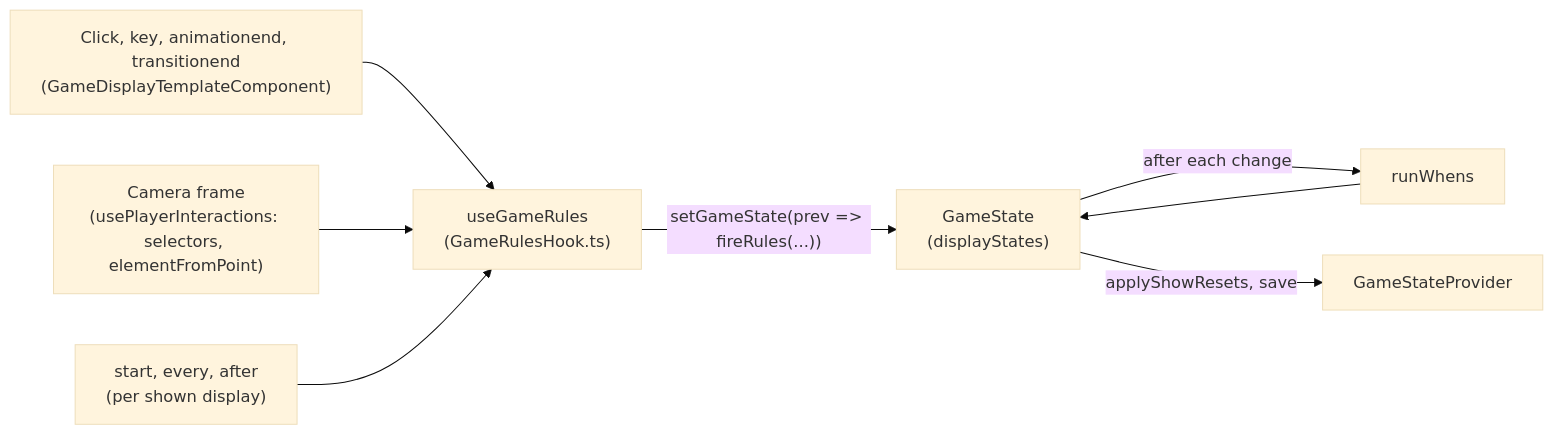
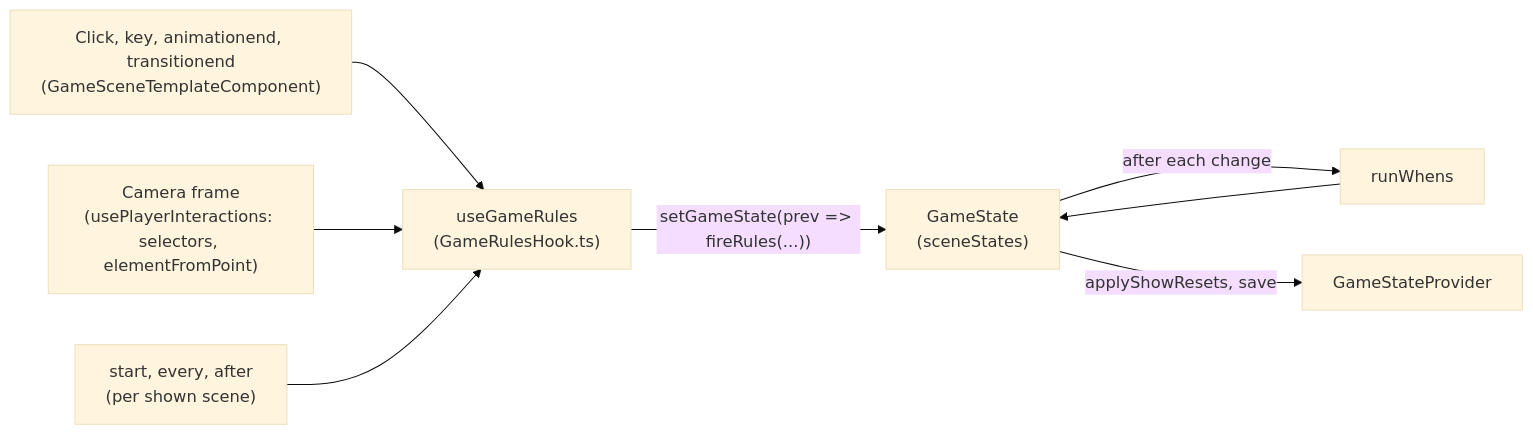
Before and after one commit to instantiator/footsteps: the diagram in docs/dev-overview.md, drawn with Mermaid (base theme). The commit also changed other lines of this file and 11 other files, not shown here.

Commit message:
Rename display to scene in the documentation

````diff
--- a/docs/dev-overview.md
+++ b/docs/dev-overview.md
@@ -112,10 +112,10 @@
 ```mermaid
 flowchart LR
-  click["Click, key, animationend, transitionend<br/>(GameDisplayTemplateComponent)"] --> hook
+  click["Click, key, animationend, transitionend<br/>(GameSceneTemplateComponent)"] --> hook
   camera["Camera frame<br/>(usePlayerInteractions: selectors, elementFromPoint)"] --> hook
-  timers["start, every, after<br/>(per shown display)"] --> hook
-  hook["useGameRules<br/>(GameRulesHook.ts)"] -->|"setGameState(prev => fireRules(...))"| state["GameState<br/>(displayStates)"]
+  timers["start, every, after<br/>(per shown scene)"] --> hook
+  hook["useGameRules<br/>(GameRulesHook.ts)"] -->|"setGameState(prev => fireRules(...))"| state["GameState<br/>(sceneStates)"]
   state -->|"after each change"| whens["runWhens"]
   whens --> state
   state -->|"applyShowResets, save"| provider["GameStateProvider"]
 ```
````
